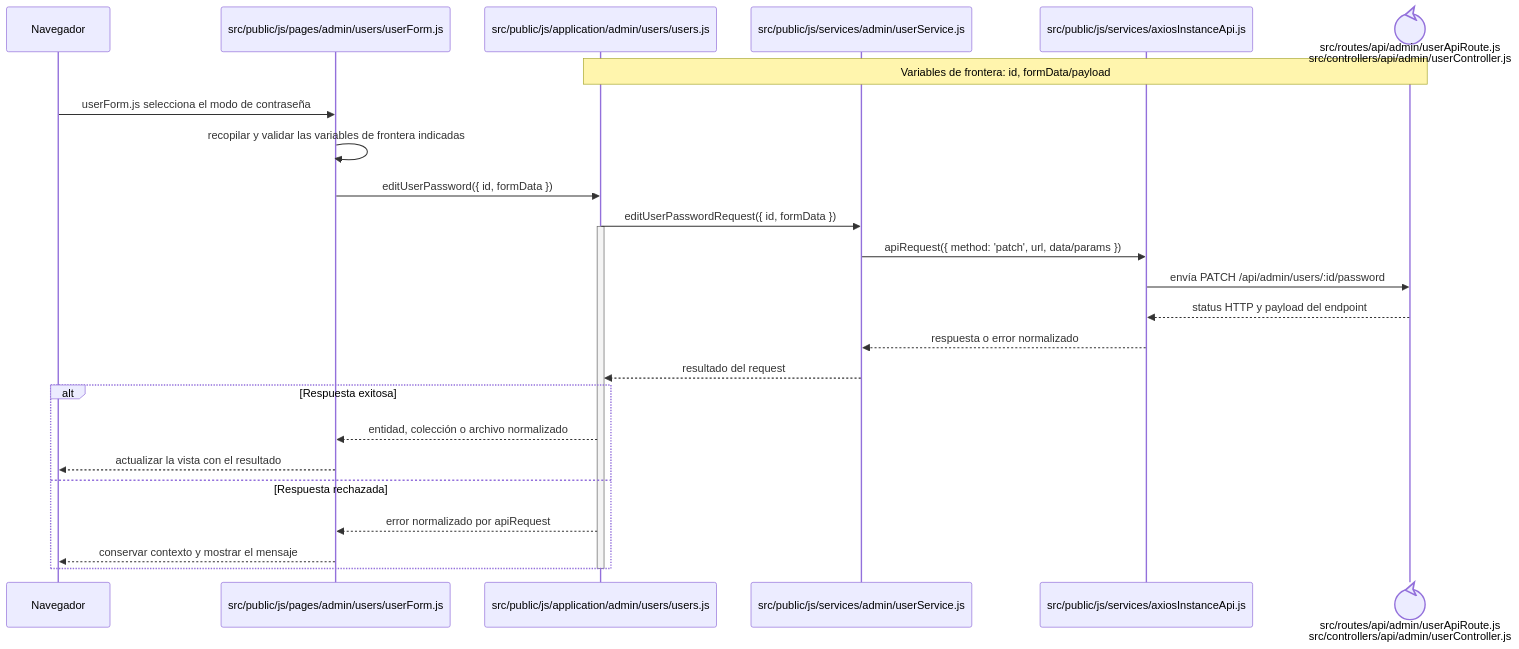
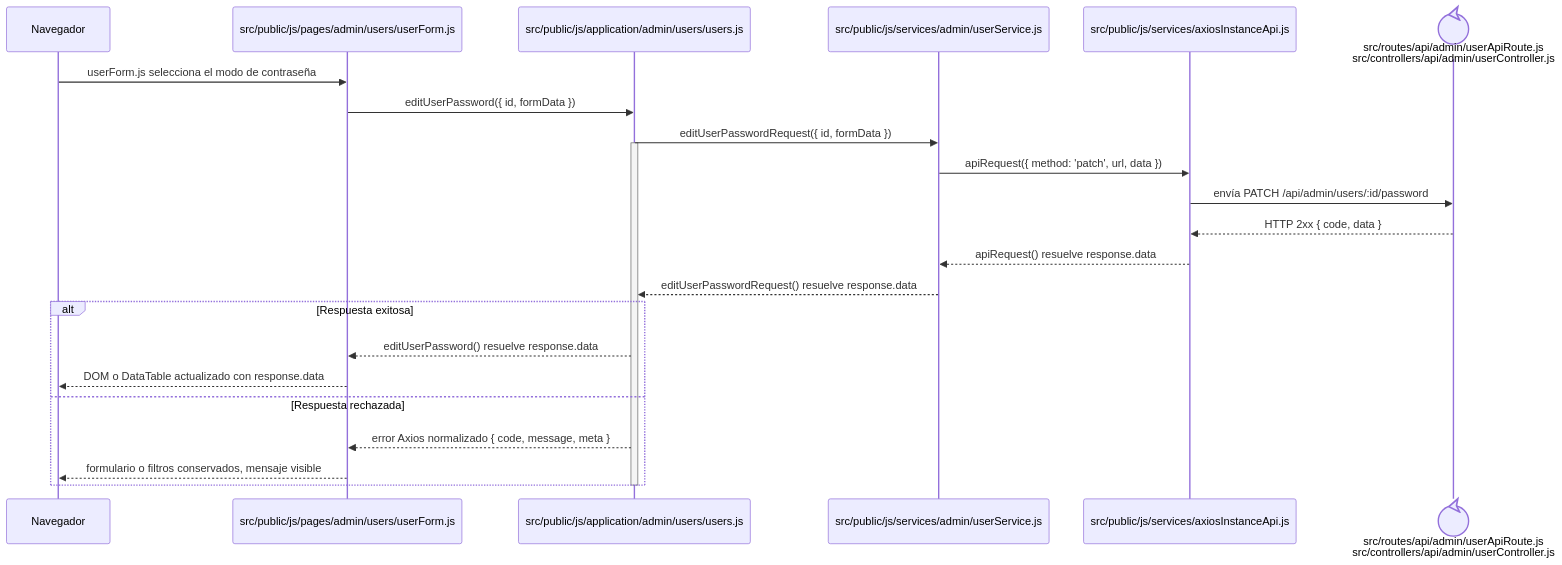
One commit to gpgsistemas01/nexus changed the diagram in docs/architecture/frontend-code-sequences/identity-access/cu-ida-08.md. Above: the diagram before and after it, drawn with Mermaid. The commit also changed 148 other files, not shown here.

````diff
--- a/docs/architecture/frontend-code-sequences/identity-access/cu-ida-08.md
+++ b/docs/architecture/frontend-code-sequences/identity-access/cu-ida-08.md
@@ -6,29 +6,27 @@
 ```mermaid
 sequenceDiagram
     participant Browser as Navegador
     participant View as src/public/js/pages/admin/users/userForm.js
     participant Application as src/public/js/application/admin/users/users.js
     participant Request as src/public/js/services/admin/userService.js
     participant HTTP as src/public/js/services/axiosInstanceApi.js
     participant Transport@{ "type": "control" } as src/routes/api/admin/userApiRoute.js<br/>src/controllers/api/admin/userController.js
-    Note over Application,Transport: Variables de frontera: id, formData/payload
 
     Browser->>View: userForm.js selecciona el modo de contraseña
-    View->>View: recopilar y validar las variables de frontera indicadas
     View->>Application: editUserPassword({ id, formData })
     Application->>Request: editUserPasswordRequest({ id, formData })
     activate Application
-    Request->>HTTP: apiRequest({ method: 'patch', url, data/params })
+    Request->>HTTP: apiRequest({ method: 'patch', url, data })
     HTTP->>Transport: envía PATCH /api/admin/users/:id/password
-    Transport-->>HTTP: status HTTP y payload del endpoint
-    HTTP-->>Request: respuesta o error normalizado
-    Request-->>Application: resultado del request
+    Transport-->>HTTP: HTTP 2xx { code, data }
+    HTTP-->>Request: apiRequest() resuelve response.data
+    Request-->>Application: editUserPasswordRequest() resuelve response.data
     alt Respuesta exitosa
-        Application-->>View: entidad, colección o archivo normalizado
-        View-->>Browser: actualizar la vista con el resultado
+        Application-->>View: editUserPassword() resuelve response.data
+        View-->>Browser: DOM o DataTable actualizado con response.data
     else Respuesta rechazada
-        Application-->>View: error normalizado por apiRequest
-        View-->>Browser: conservar contexto y mostrar el mensaje
+        Application-->>View: error Axios normalizado { code, message, meta }
+        View-->>Browser: formulario o filtros conservados, mensaje visible
     end
     deactivate Application
 ```
````
